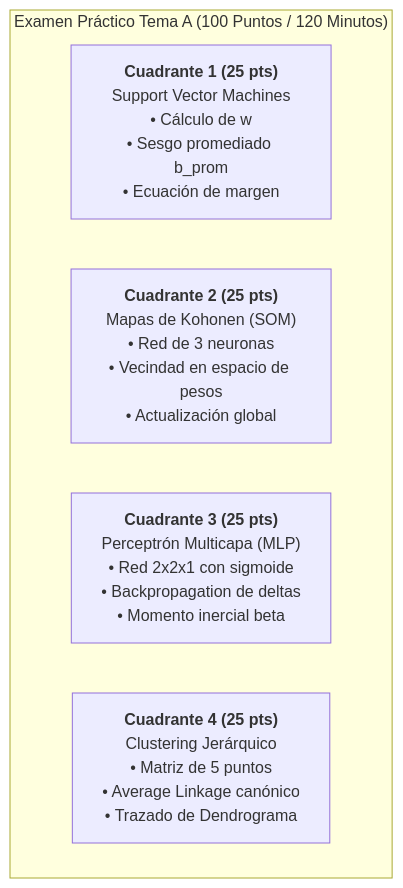
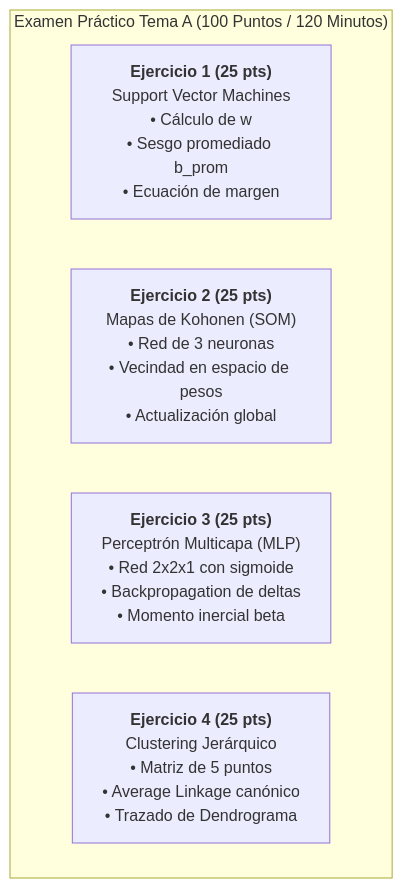
One commit to FranDSchz/ia-segundo-parcial-utn-frre changed the first of 2 diagrams in SIMULACROS/SIMULACRO_TEMA_A.md. Above: the diagram before and after it, drawn with Mermaid. The commit also changed other lines of this file and 15 other files, not shown here.

Commit message:
fix(qa): Auditoria integral KaTeX, validacion 23 Mermaid, matriz de estudio autogestionada, redenominacion de estructuras de tabulacion y purga anti-dogma

````diff
--- a/SIMULACROS/SIMULACRO_TEMA_A.md
+++ b/SIMULACROS/SIMULACRO_TEMA_A.md
@@ -19,9 +30,9 @@
 ```mermaid
 flowchart TD
     subgraph Examen_Practico_Tema_A["Examen Práctico Tema A (100 Puntos / 120 Minutos)"]
-        Q1["<b>Cuadrante 1 (25 pts)</b><br>Support Vector Machines<br>• Cálculo de w<br>• Sesgo promediado b_prom<br>• Ecuación de margen"]
-        Q2["<b>Cuadrante 2 (25 pts)</b><br>Mapas de Kohonen (SOM)<br>• Red de 3 neuronas<br>• Vecindad en espacio de pesos<br>• Actualización global"]
-        Q3["<b>Cuadrante 3 (25 pts)</b><br>Perceptrón Multicapa (MLP)<br>• Red 2x2x1 con sigmoide<br>• Backpropagation de deltas<br>• Momento inercial beta"]
-        Q4["<b>Cuadrante 4 (25 pts)</b><br>Clustering Jerárquico<br>• Matriz de 5 puntos<br>• Average Linkage canónico<br>• Trazado de Dendrograma"]
+        Q1["<b>Ejercicio 1 (25 pts)</b><br>Support Vector Machines<br>• Cálculo de w<br>• Sesgo promediado b_prom<br>• Ecuación de margen"]
+        Q2["<b>Ejercicio 2 (25 pts)</b><br>Mapas de Kohonen (SOM)<br>• Red de 3 neuronas<br>• Vecindad en espacio de pesos<br>• Actualización global"]
+        Q3["<b>Ejercicio 3 (25 pts)</b><br>Perceptrón Multicapa (MLP)<br>• Red 2x2x1 con sigmoide<br>• Backpropagation de deltas<br>• Momento inercial beta"]
+        Q4["<b>Ejercicio 4 (25 pts)</b><br>Clustering Jerárquico<br>• Matriz de 5 puntos<br>• Average Linkage canónico<br>• Trazado de Dendrograma"]
     end
 ```
````
